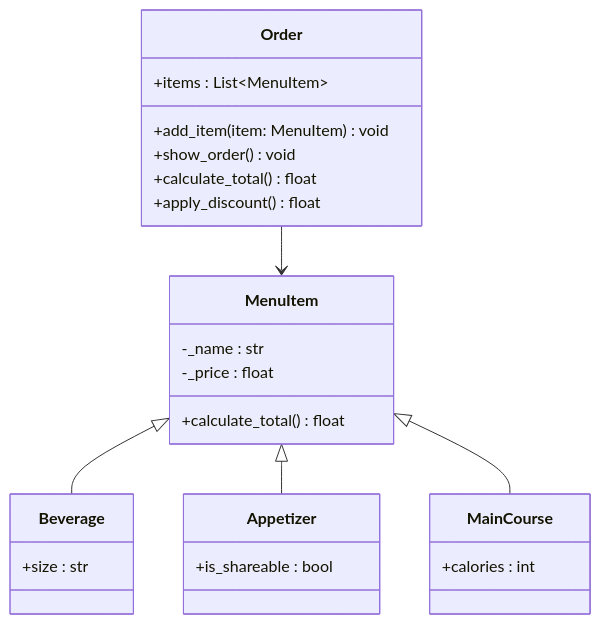
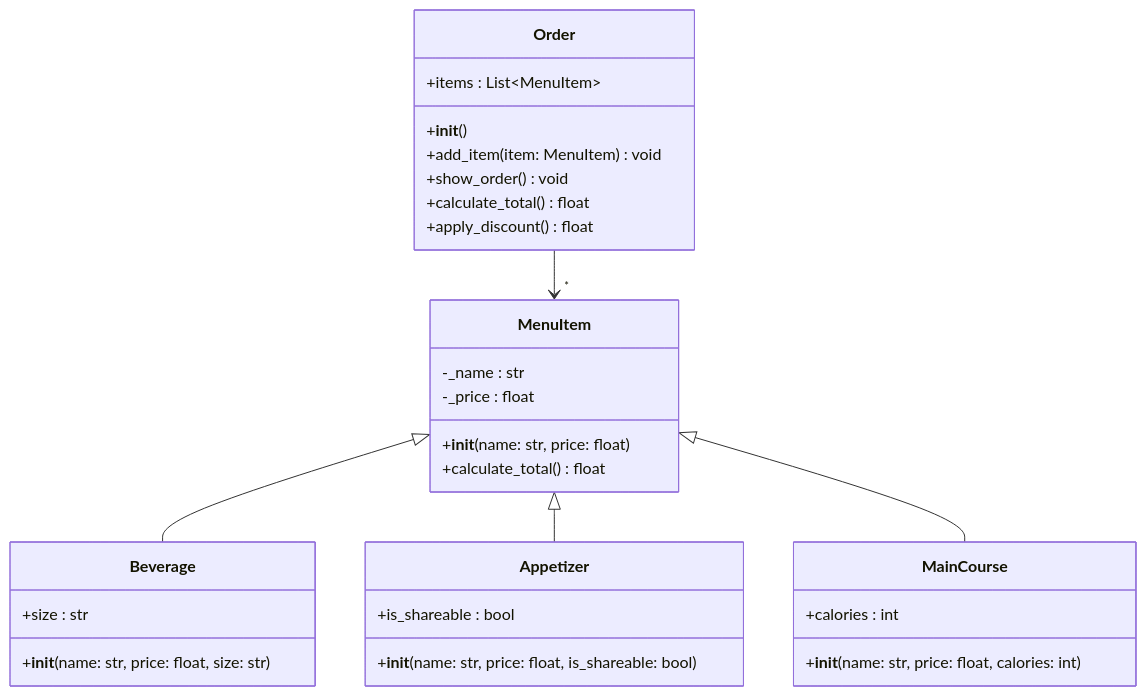
Before and after one commit to SamuelRojas09/RETO-3: the first of 2 diagrams in README.md, drawn with Mermaid. The commit also changed other lines of this file, not shown here.

````diff
--- a/README.md
+++ b/README.md
@@ -68,35 +68,40 @@
 ```mermaid
 classDiagram
     direction TB
 
     class MenuItem {
         -_name : str
         -_price : float
+        +__init__(name: str, price: float)
         +calculate_total() float
     }
 
     class Beverage {
         +size : str
+        +__init__(name: str, price: float, size: str)
     }
 
     class Appetizer {
         +is_shareable : bool
+        +__init__(name: str, price: float, is_shareable: bool)
     }
 
     class MainCourse {
         +calories : int
+        +__init__(name: str, price: float, calories: int)
     }
 
     class Order {
         +items : List~MenuItem~
+        +__init__()
         +add_item(item: MenuItem) void
         +show_order() void
         +calculate_total() float
         +apply_discount() float
     }
 
     MenuItem <|-- Beverage
     MenuItem <|-- Appetizer
     MenuItem <|-- MainCourse
-    Order --> MenuItem
+    Order --> "*" MenuItem
 ```
````
